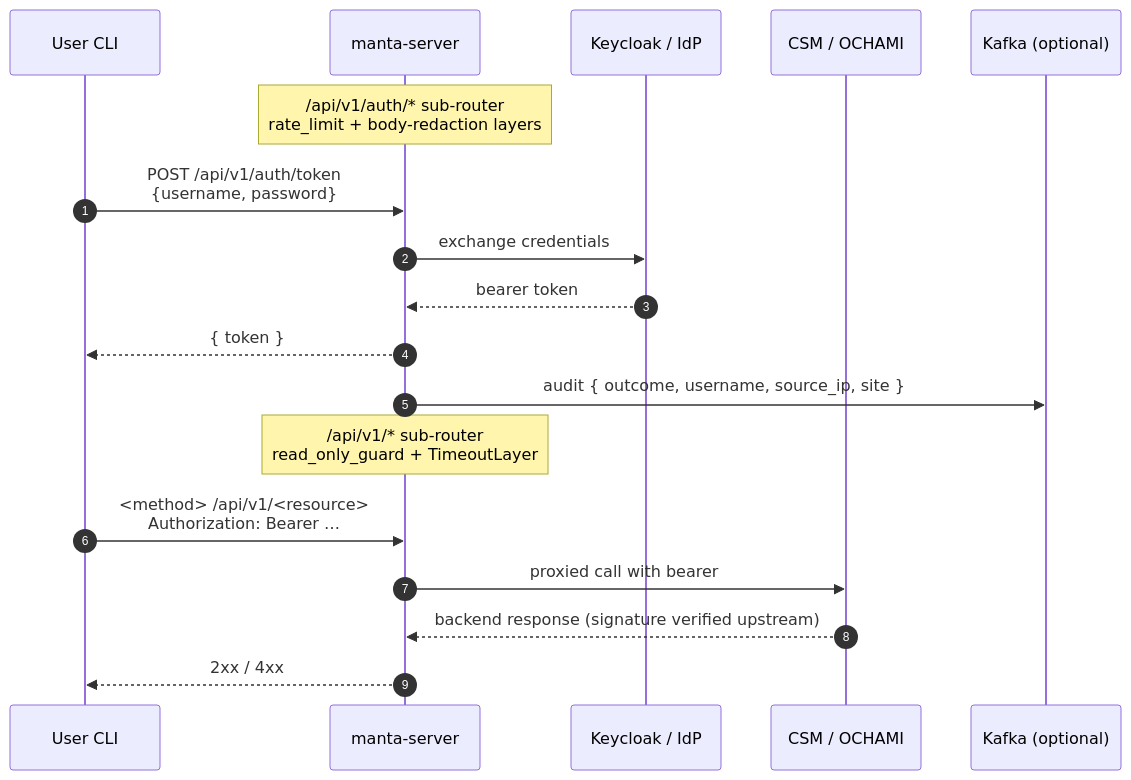
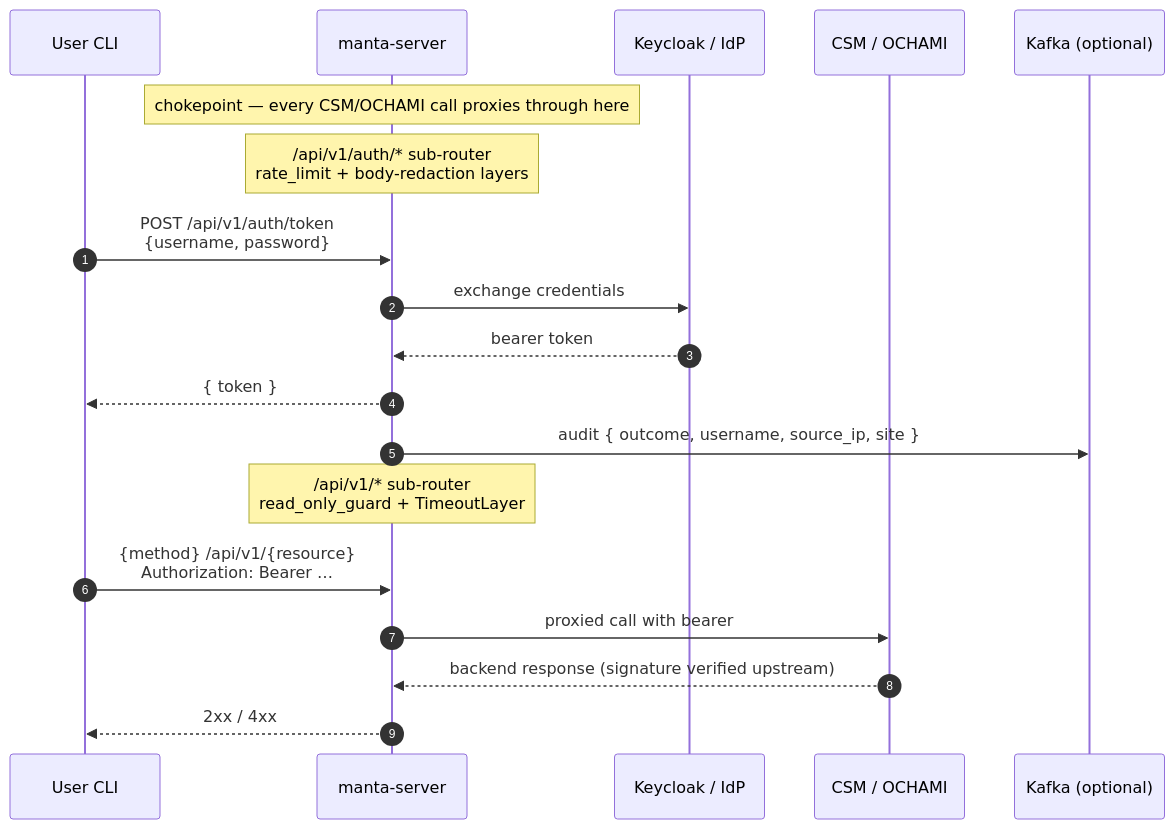
The diagram in SECURITY.md (eth-cscs/manta), drawn with Mermaid before and after one commit.

Commit message:
docs(security): polish mermaid auth-flow diagram
Folds in two minor findings from the final whole-branch review:

- Add `Note over MS: chokepoint — every CSM/OCHAMI call proxies
  through here` to restore the at-a-glance "chokepoint" labelling
  that the deleted ASCII art carried directly under the manta-server
  box. The bullet list still describes it, but "at a glance" is
  the section name — the diagram should communicate it without
  the reader dropping into the bullets.
- Swap `<method>` / `<resource>` placeholders for `{method}` /
  `{resource}`. The angle-bracket form passes `mermaid-cli` but
  GitHub renders mermaid in strict-security mode, which can
  sanitise unknown angle-bracket tokens. Curly braces are
  unambiguously safe text.

The spec file at docs/superpowers/specs/2026-06-28-mermaid-diagrams-design.md
also gets a correction header (in-tree, gitignored, not committed)
acknowledging the May 25 mermaid precedent that the original spec
mis-stated.

Render-check: `npx mermaid-cli -i SECURITY.md` exit 0.

````diff
--- a/SECURITY.md
+++ b/SECURITY.md
@@ -68,24 +68,26 @@
 ```mermaid
 sequenceDiagram
     autonumber
     participant CLI as User CLI
     participant MS as manta-server
     participant K as Keycloak / IdP
     participant B as CSM / OCHAMI
     participant Kf as Kafka (optional)
+
+    Note over MS: chokepoint — every CSM/OCHAMI call proxies through here
 
     Note over MS: /api/v1/auth/* sub-router<br/>rate_limit + body-redaction layers
 
     CLI->>MS: POST /api/v1/auth/token<br/>{username, password}
     MS->>K: exchange credentials
     K-->>MS: bearer token
     MS-->>CLI: { token }
     MS->>Kf: audit { outcome, username, source_ip, site }
 
     Note over MS: /api/v1/* sub-router<br/>read_only_guard + TimeoutLayer
 
-    CLI->>MS: <method> /api/v1/<resource><br/>Authorization: Bearer …
+    CLI->>MS: {method} /api/v1/{resource}<br/>Authorization: Bearer …
     MS->>B: proxied call with bearer
     B-->>MS: backend response (signature verified upstream)
     MS-->>CLI: 2xx / 4xx
 ```
````
